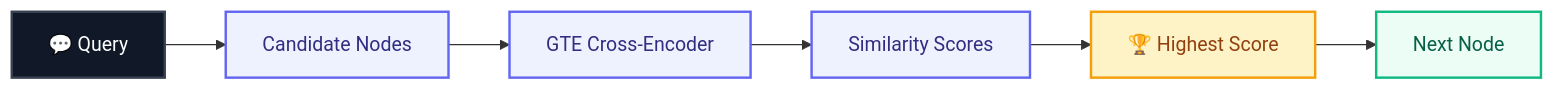
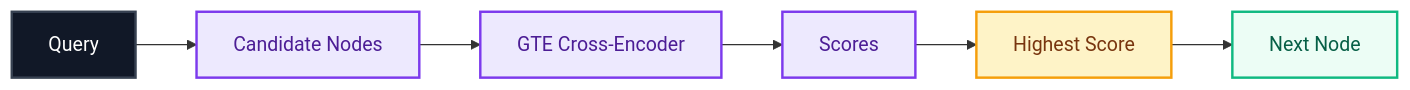
Before and after one commit to autotask05-pixel/quicktasksdesktopv3: the third of 8 diagrams in README.md, drawn with Mermaid. The commit also changed other lines of this file, not shown here.

````diff
--- a/README.md
+++ b/README.md
@@ -76,18 +83,19 @@
 ```mermaid
 flowchart LR
-    A["💬 Query"] --> B["Candidate Nodes"]
-    B --> C["GTE Cross-Encoder"]
-    C --> D["Similarity Scores"]
-    D --> E["🏆 Highest Score"]
-    E --> F["Next Node"]
+    Q["Query"] --> C["Candidate Nodes"]
+    C --> E["GTE Cross-Encoder"]
+    E --> S["Scores"]
+    S --> W["Highest Score"]
+    W --> N["Next Node"]
 
-    classDef input fill:#111827,color:#fff,stroke:#374151,stroke-width:2px
-    classDef process fill:#eef2ff,color:#312e81,stroke:#6366f1,stroke-width:2px
-    classDef winner fill:#fef3c7,color:#92400e,stroke:#f59e0b,stroke-width:2px
+    classDef entry fill:#111827,color:#ffffff,stroke:#374151,stroke-width:2px
+    classDef ai fill:#ede9fe,color:#4c1d95,stroke:#7c3aed,stroke-width:2px
+    classDef system fill:#eff6ff,color:#1e3a8a,stroke:#3b82f6,stroke-width:1.5px
+    classDef winner fill:#fef3c7,color:#78350f,stroke:#f59e0b,stroke-width:2px
     classDef output fill:#ecfdf5,color:#065f46,stroke:#10b981,stroke-width:2px
 
-    class A input
-    class B,C,D process
-    class E winner
-    class F output
+    class Q entry
+    class C,E,S ai
+    class W winner
+    class N output
 ```
````
